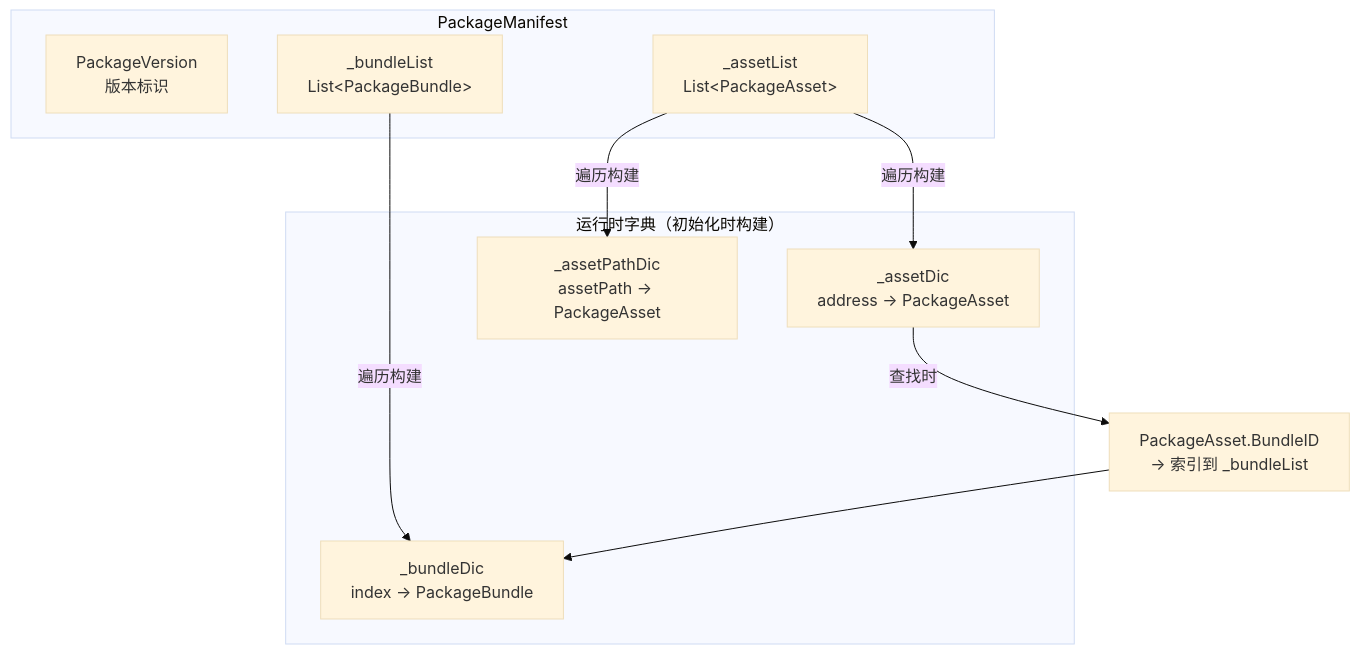
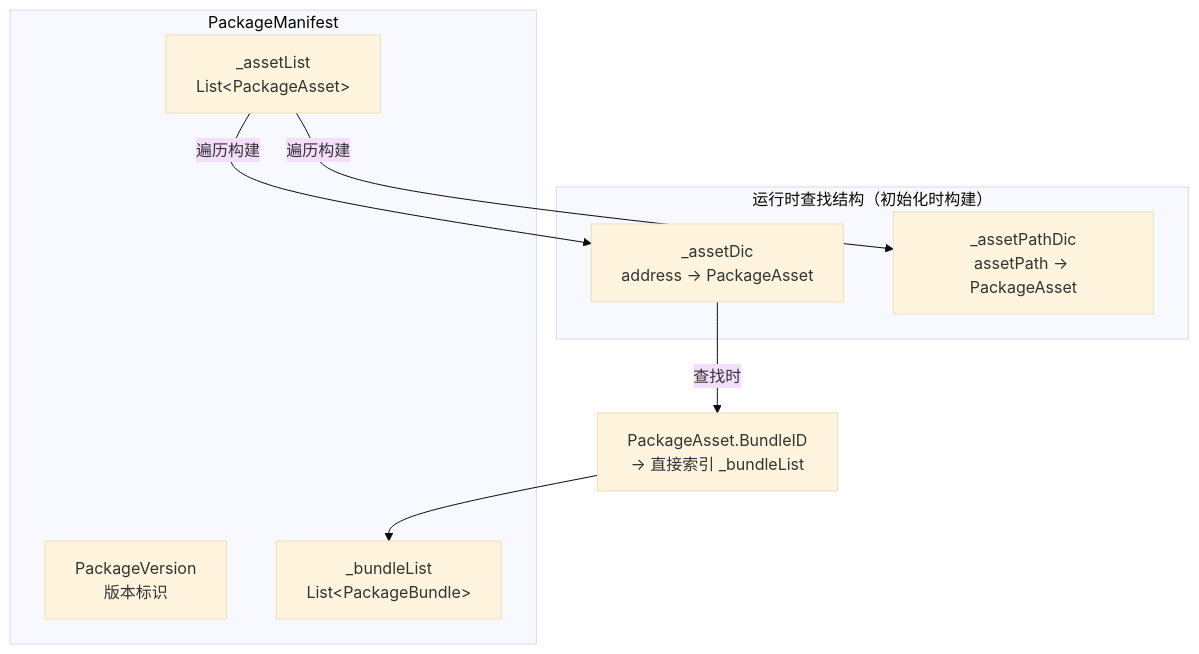
The second of 4 diagrams in content/engine-toolchain/unity-yooasset-manifest-version-fileindex-lookup.md (TwoEggDu/twoegg-tech-stack), drawn with Mermaid (base theme) before and after one commit. The commit also changed other lines of this file and 17 other files, not shown here.

````diff
--- a/content/engine-toolchain/unity-yooasset-manifest-version-fileindex-lookup.md
+++ b/content/engine-toolchain/unity-yooasset-manifest-version-fileindex-lookup.md
@@ -122,18 +120,16 @@
 ```mermaid
 flowchart TD
     subgraph Manifest["PackageManifest"]
         V["PackageVersion<br/>版本标识"]
         AL["_assetList<br/>List&lt;PackageAsset&gt;"]
         BL["_bundleList<br/>List&lt;PackageBundle&gt;"]
     end
-    subgraph Dicts["运行时字典（初始化时构建）"]
+    subgraph Dicts["运行时查找结构（初始化时构建）"]
         AD["_assetDic<br/>address → PackageAsset"]
         APD["_assetPathDic<br/>assetPath → PackageAsset"]
-        BD["_bundleDic<br/>index → PackageBundle"]
     end
     AL -->|"遍历构建"| AD
     AL -->|"遍历构建"| APD
-    BL -->|"遍历构建"| BD
-    AD -->|"查找时"| R["PackageAsset.BundleID<br/>→ 索引到 _bundleList"]
-    R --> BD
+    AD -->|"查找时"| R["PackageAsset.BundleID<br/>→ 直接索引 _bundleList"]
+    R --> BL
 ```
````
